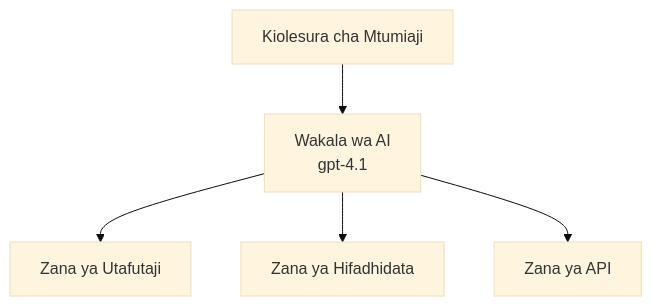
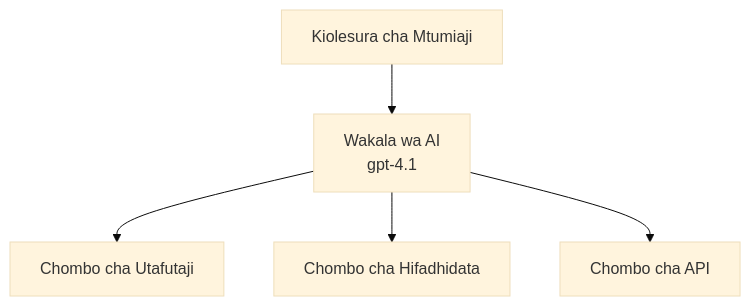
Before and after one commit to microsoft/AZD-for-beginners: the first of 3 diagrams in translations/sw/docs/chapter-02-ai-development/agents.md, drawn with Mermaid (base theme). The commit also changed other lines of this file and 61 other files, not shown here.

````diff
--- a/translations/sw/docs/chapter-02-ai-development/agents.md
+++ b/translations/sw/docs/chapter-02-ai-development/agents.md
@@ -162,7 +162,7 @@
 ```mermaid
 graph TD
     UI[Kiolesura cha Mtumiaji] --> Agent[Wakala wa AI<br/>gpt-4.1]
-    Agent --> Search[Zana ya Utafutaji]
-    Agent --> Database[Zana ya Hifadhidata]
-    Agent --> API[Zana ya API]
+    Agent --> Search[Chombo cha Utafutaji]
+    Agent --> Database[Chombo cha Hifadhidata]
+    Agent --> API[Chombo cha API]
 ```
````
